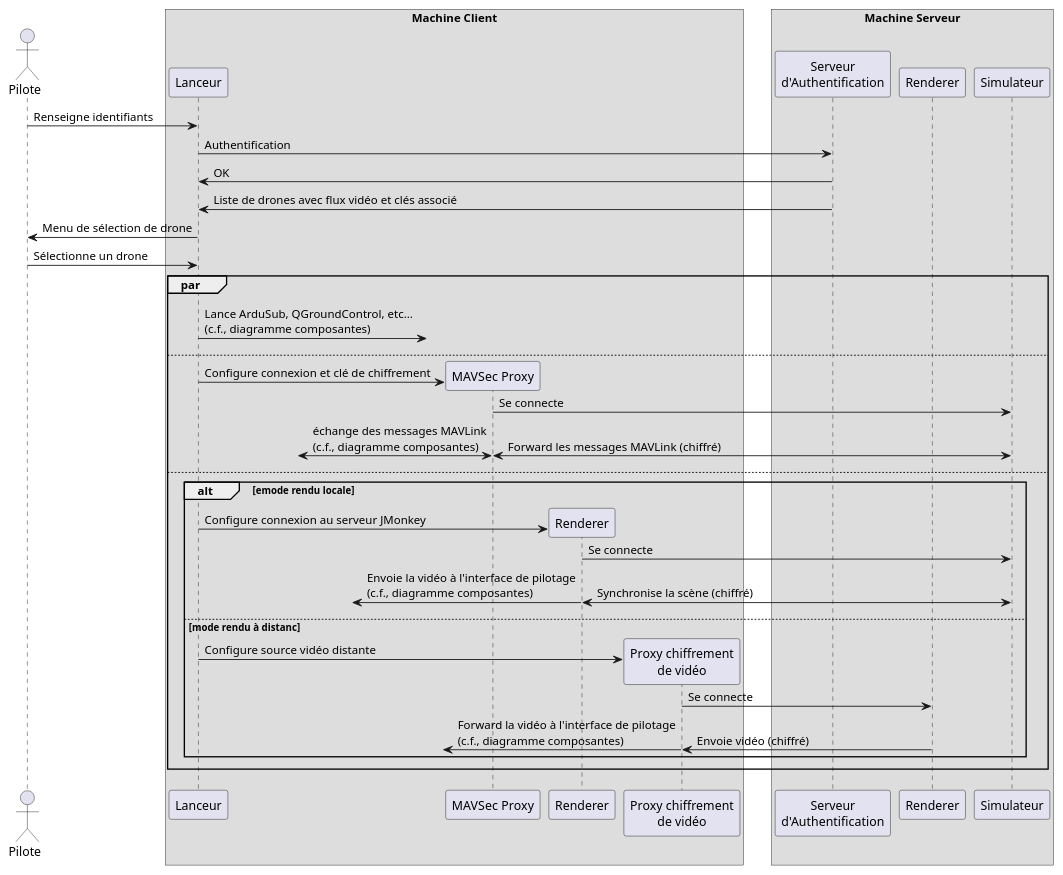
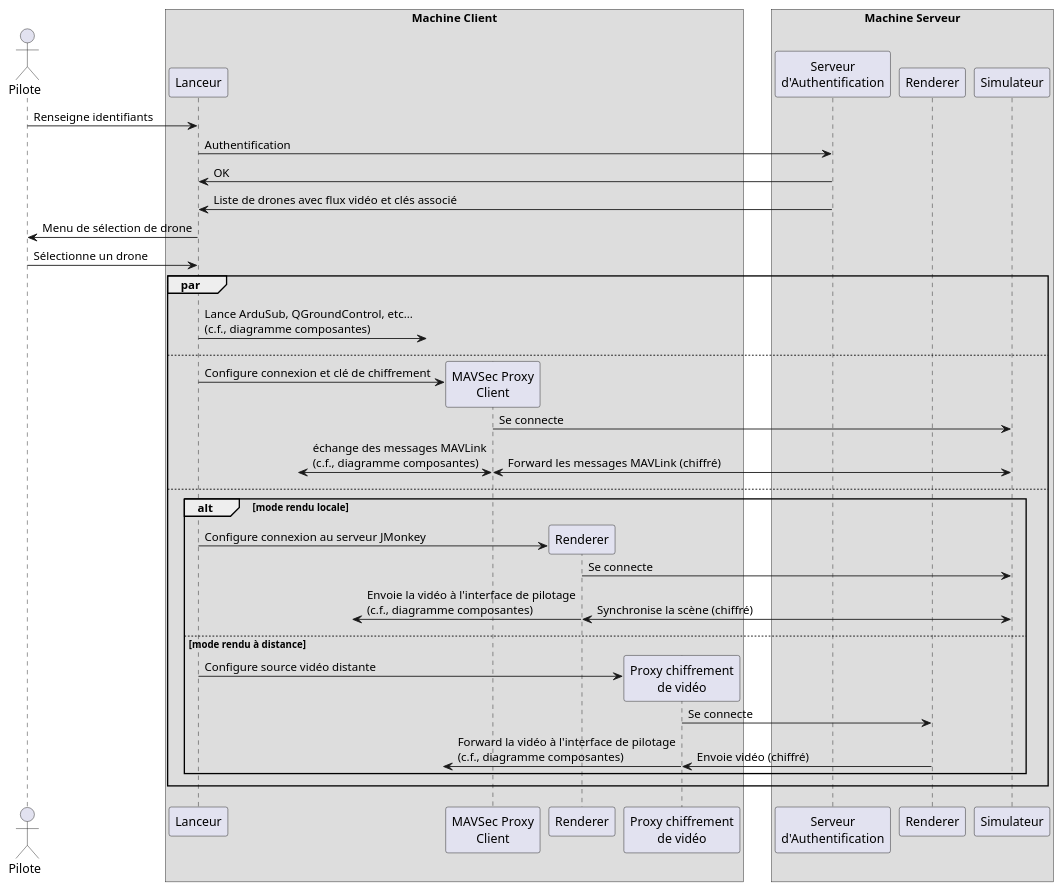
Before and after one commit to tombartos/SAE-DRONE: the diagram in doc/conn_pilote_seq.puml, drawn with PlantUML. The commit also changed 2 other files, not shown here.

```diff
--- a/doc/conn_pilote_seq.puml
+++ b/doc/conn_pilote_seq.puml
@@ -1,61 +1,61 @@
 @startuml
 
 !pragma teoz true
 
 skinparam BoxPadding 10
 
 actor Pilote
 
 box "Machine Client"
     participant Lanceur
-    participant "MAVSec Proxy" as ProxyClient
+    participant "MAVSec Proxy\nClient" as ProxyClient
     participant "Renderer" as RendererLocal
     participant "Proxy chiffrement\nde vidéo" as Décodeur
 end box
 
 box "Machine Serveur"
     participant "Serveur\nd'Authentification" as Auth
     participant "Renderer" as RendererRemote
     participant Simulateur
 end box
 
 Pilote -> Lanceur : Renseigne identifiants
 Lanceur -> Auth : Authentification
 Auth -> Lanceur : OK
 Auth -> Lanceur : Liste de drones avec flux vidéo et clés associé
 Lanceur -> Pilote : Menu de sélection de drone
 Pilote -> Lanceur : Sélectionne un drone
 
 par
 
 Lanceur ->? : Lance ArduSub, QGroundControl, etc...\n(c.f., diagramme composantes)
 
 else
 
 Lanceur -> ProxyClient ** : Configure connexion et clé de chiffrement
 
 ProxyClient -> Simulateur : Se connecte
 ?<-> ProxyClient : échange des messages MAVLink\n(c.f., diagramme composantes)
 & ProxyClient <-> Simulateur : Forward les messages MAVLink (chiffré)
 
 else
 
-alt emode rendu locale
+alt mode rendu locale
 
     Lanceur -> RendererLocal ** : Configure connexion au serveur JMonkey
     RendererLocal -> Simulateur : Se connecte
     RendererLocal <-> Simulateur : Synchronise la scène (chiffré)
     & ?<- RendererLocal : Envoie la vidéo à l'interface de pilotage\n(c.f., diagramme composantes)
 
-else mode rendu à distanc
+else mode rendu à distance
 
     Lanceur -> Décodeur ** : Configure source vidéo distante
     Décodeur -> RendererRemote : Se connecte
     Décodeur <- RendererRemote : Envoie vidéo (chiffré)
     & ?<- Décodeur : Forward la vidéo à l'interface de pilotage\n(c.f., diagramme composantes)
 
 end
 
 end
 
 @enduml
```
